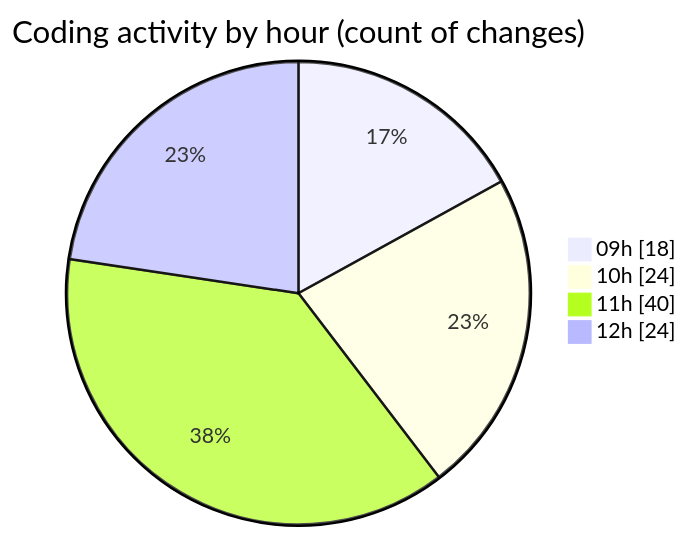
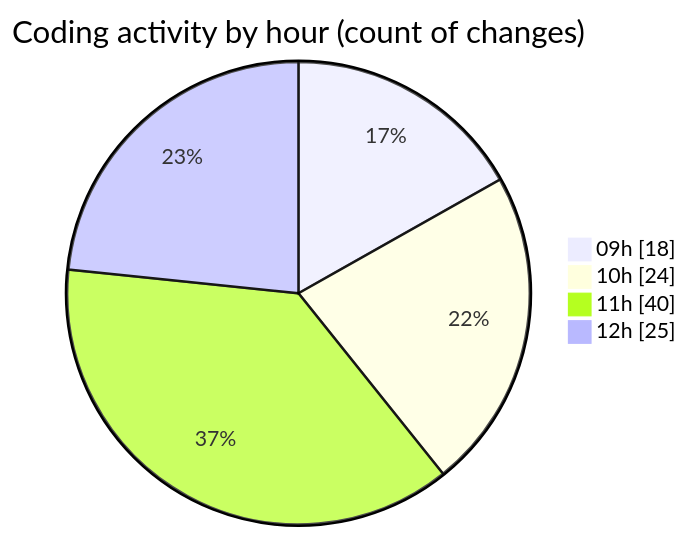
One commit to momahboobian/code-tracking changed the second of 2 diagrams in 2025-09-16/cda/README.md. Above: the diagram before and after it, drawn with Mermaid. The commit also changed other lines of this file and 1 other file, not shown here.

````diff
--- a/2025-09-16/cda/README.md
+++ b/2025-09-16/cda/README.md
@@ -35,8 +36,8 @@
 ```mermaid
 pie showData
 title Coding activity by hour (count of changes)
 "09h" : 18
 "10h" : 24
 "11h" : 40
-"12h" : 24
+"12h" : 25
 ```
````
